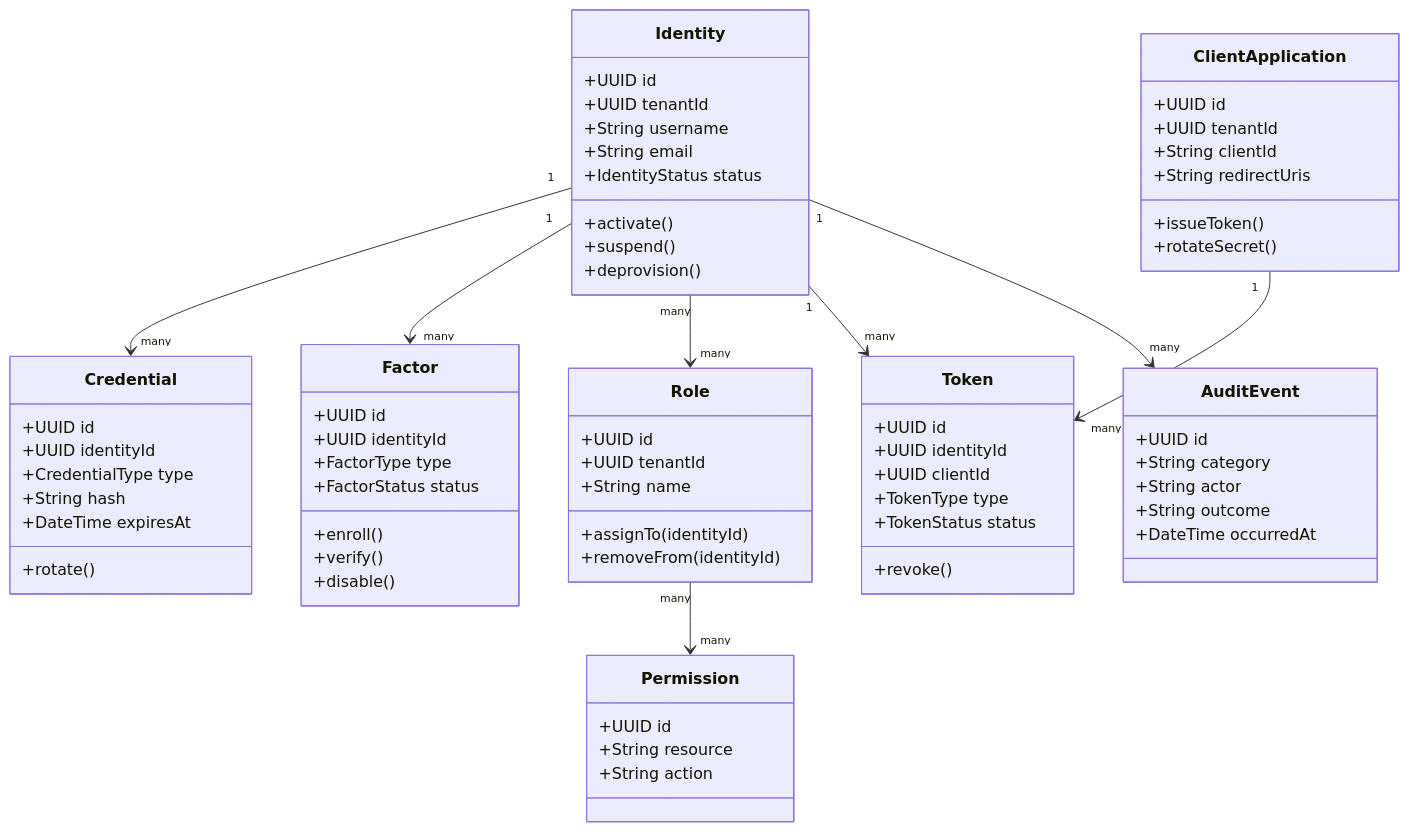
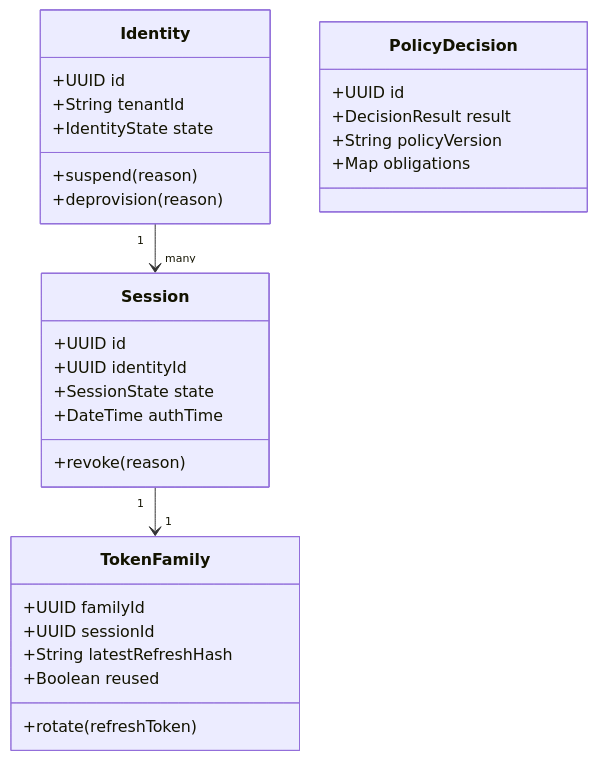
One commit to 0Ankit0/Project-Ideas changed the diagram in Identity and Access Management Platform/detailed-design/class-diagrams.md. Above: the diagram before and after it, drawn with Mermaid. The commit also changed other lines of this file and 37 other files, not shown here.

````diff
--- a/Identity and Access Management Platform/detailed-design/class-diagrams.md
+++ b/Identity and Access Management Platform/detailed-design/class-diagrams.md
@@ -3,80 +3,36 @@
 ```mermaid
 classDiagram
     class Identity {
       +UUID id
-      +UUID tenantId
-      +String username
-      +String email
-      +IdentityStatus status
-      +activate()
-      +suspend()
-      +deprovision()
+      +String tenantId
+      +IdentityState state
+      +suspend(reason)
+      +deprovision(reason)
     }
 
-    class Credential {
+    class Session {
       +UUID id
       +UUID identityId
-      +CredentialType type
-      +String hash
-      +DateTime expiresAt
-      +rotate()
+      +SessionState state
+      +DateTime authTime
+      +revoke(reason)
     }
 
-    class Factor {
-      +UUID id
-      +UUID identityId
-      +FactorType type
-      +FactorStatus status
-      +enroll()
-      +verify()
-      +disable()
+    class TokenFamily {
+      +UUID familyId
+      +UUID sessionId
+      +String latestRefreshHash
+      +Boolean reused
+      +rotate(refreshToken)
     }
 
-    class Role {
+    class PolicyDecision {
       +UUID id
-      +UUID tenantId
-      +String name
-      +assignTo(identityId)
-      +removeFrom(identityId)
+      +DecisionResult result
+      +String policyVersion
+      +Map obligations
     }
 
-    class Permission {
-      +UUID id
-      +String resource
-      +String action
-    }
-
-    class ClientApplication {
-      +UUID id
-      +UUID tenantId
-      +String clientId
-      +String redirectUris
-      +issueToken()
-      +rotateSecret()
-    }
-
-    class Token {
-      +UUID id
-      +UUID identityId
-      +UUID clientId
-      +TokenType type
-      +TokenStatus status
-      +revoke()
-    }
-
-    class AuditEvent {
-      +UUID id
-      +String category
-      +String actor
-      +String outcome
-      +DateTime occurredAt
-    }
-
-    Identity "1" --> "many" Credential
-    Identity "1" --> "many" Factor
-    Identity "many" --> "many" Role
-    Role "many" --> "many" Permission
-    ClientApplication "1" --> "many" Token
-    Identity "1" --> "many" Token
-    Identity "1" --> "many" AuditEvent
+    Identity "1" --> "many" Session
+    Session "1" --> "1" TokenFamily
 ```
````
